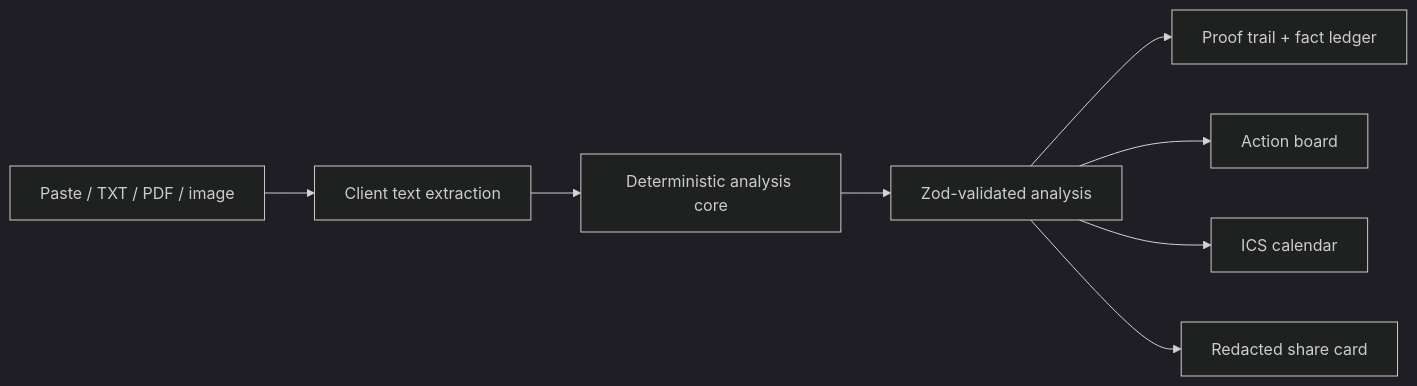
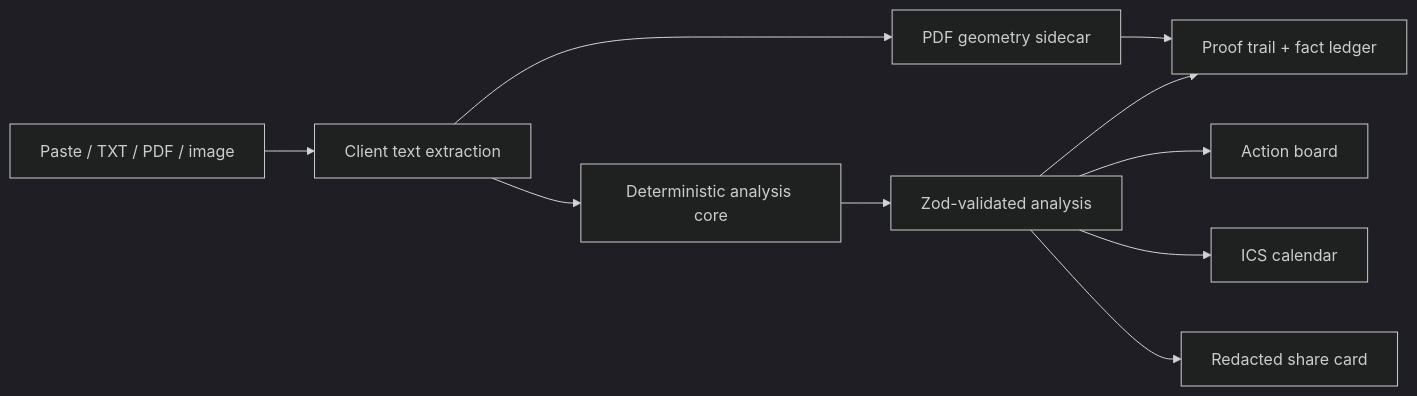
Before and after one commit to iwillwill-ALLWILL/lifeops-inbox: the diagram in docs/ARCHITECTURE.md, drawn with Mermaid (dark theme). The commit also changed other lines of this file and 14 other files, not shown here.

````diff
--- a/docs/ARCHITECTURE.md
+++ b/docs/ARCHITECTURE.md
@@ -7,10 +7,12 @@
 ```mermaid
 flowchart LR
   A[Paste / TXT / PDF / image] --> B[Client text extraction]
+  B --> I[PDF geometry sidecar]
   B --> C[Deterministic analysis core]
   C --> D[Zod-validated analysis]
   D --> E[Proof trail + fact ledger]
+  I --> E
   D --> F[Action board]
   D --> G[ICS calendar]
   D --> H[Redacted share card]
 ```
````
